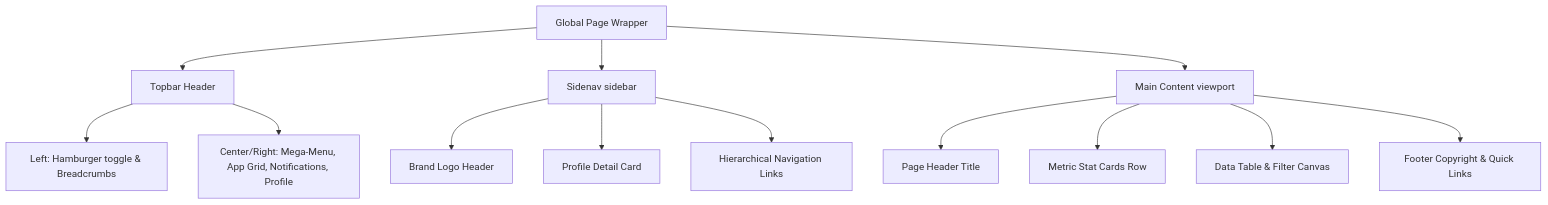
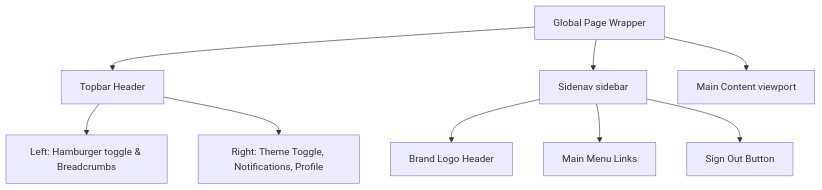
The diagram in design.md (pphatdev/kfesecuritybot), drawn with Mermaid before and after one commit. The commit also changed other lines of this file and 1 other file, not shown here.

````diff
--- a/design.md
+++ b/design.md
@@ -79,15 +64,11 @@
 ```mermaid
 graph TD
     A[Global Page Wrapper] --> B[Topbar Header]
     A --> C[Sidenav sidebar]
     A --> D[Main Content viewport]
     B --> B1[Left: Hamburger toggle & Breadcrumbs]
-    B --> B2[Center/Right: Mega-Menu, App Grid, Notifications, Profile]
+    B --> B2[Right: Theme Toggle, Notifications, Profile]
     C --> C1[Brand Logo Header]
-    C --> C2[Profile Detail Card]
-    C --> C3[Hierarchical Navigation Links]
-    D --> D1[Page Header Title]
-    D --> D2[Metric Stat Cards Row]
-    D --> D3[Data Table & Filter Canvas]
-    D --> D4[Footer Copyright & Quick Links]
+    C --> C2[Main Menu Links]
+    C --> C3[Sign Out Button]
 ```
````
